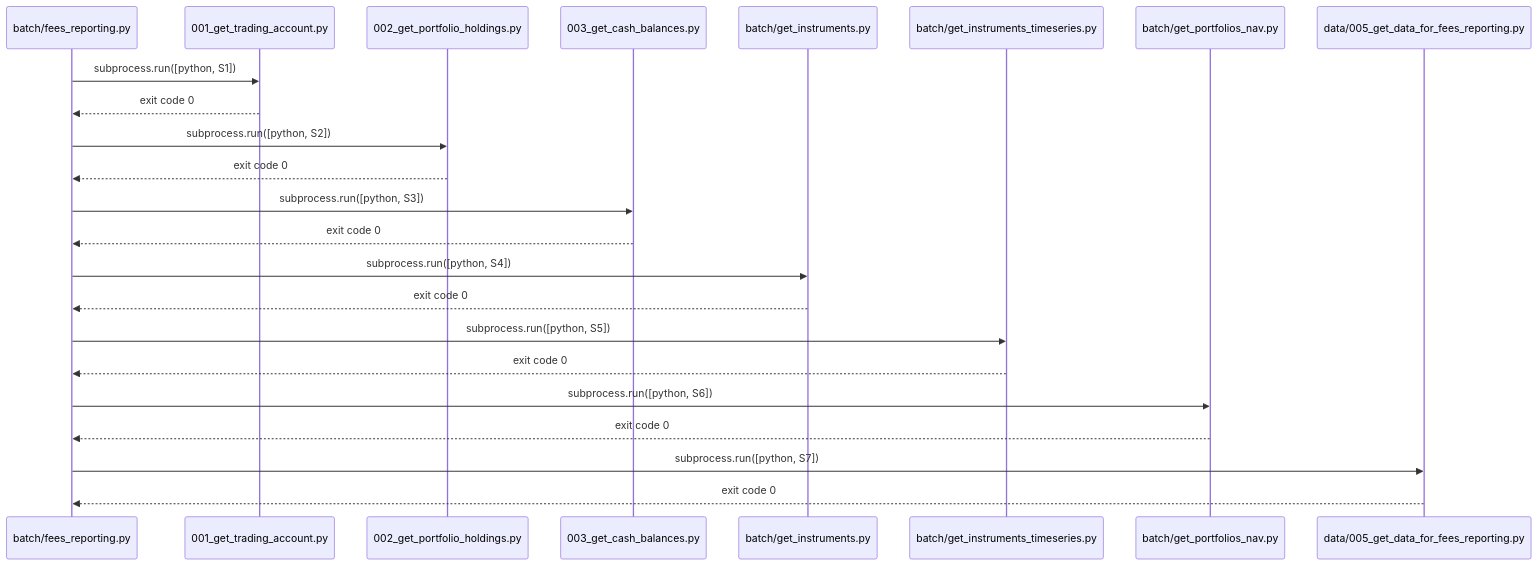
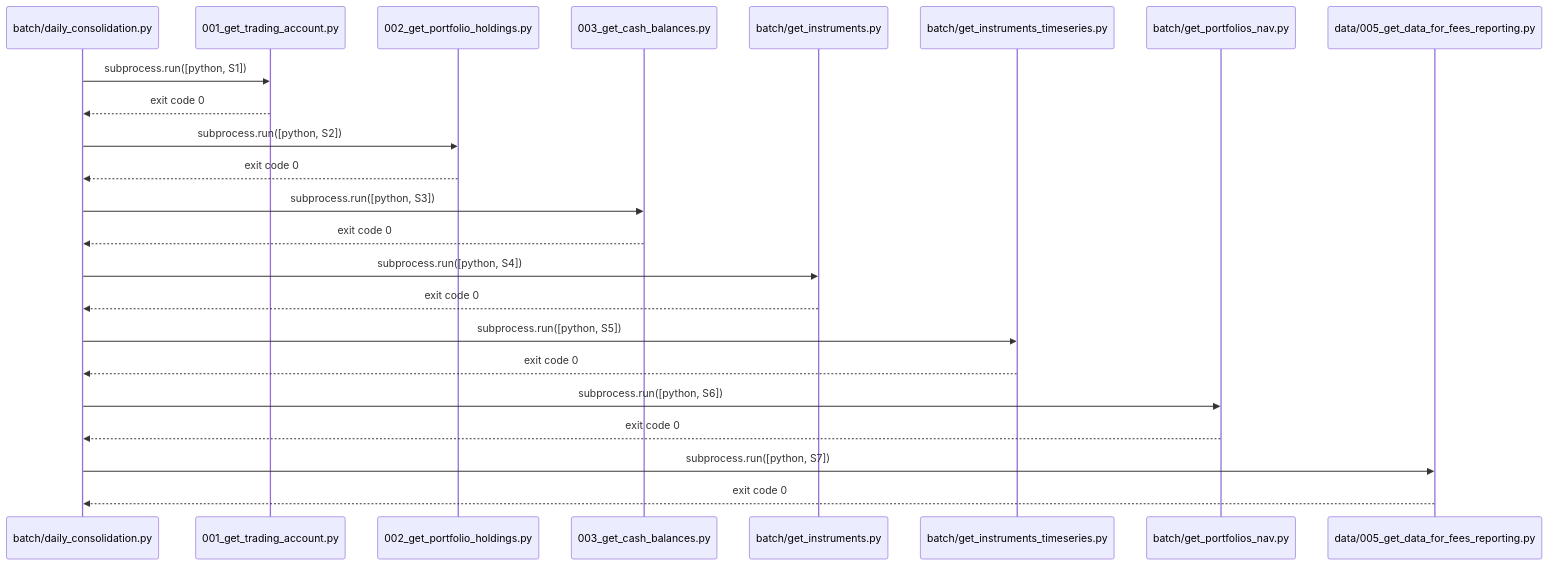
Diagram 16 of 18 in README.md (Vestra-Capital/VES-data-collection-processing), drawn with Mermaid before and after one commit. The commit also changed other lines of this file and 2 other files, not shown here.

Commit message:
rename-job-fee-reporting-to-daily-consolidation-

````diff
--- a/README.md
+++ b/README.md
@@ -500,26 +500,26 @@
 ```mermaid
 sequenceDiagram
-    participant Script as batch/fees_reporting.py
+    participant Script as batch/daily_consolidation.py
     participant S1 as 001_get_trading_account.py
     participant S2 as 002_get_portfolio_holdings.py
     participant S3 as 003_get_cash_balances.py
     participant S4 as batch/get_instruments.py
     participant S5 as batch/get_instruments_timeseries.py
     participant S6 as batch/get_portfolios_nav.py
     participant S7 as data/005_get_data_for_fees_reporting.py
 
     Script->>S1: subprocess.run([python, S1])
     S1-->>Script: exit code 0
     Script->>S2: subprocess.run([python, S2])
     S2-->>Script: exit code 0
     Script->>S3: subprocess.run([python, S3])
     S3-->>Script: exit code 0
     Script->>S4: subprocess.run([python, S4])
     S4-->>Script: exit code 0
     Script->>S5: subprocess.run([python, S5])
     S5-->>Script: exit code 0
     Script->>S6: subprocess.run([python, S6])
     S6-->>Script: exit code 0
     Script->>S7: subprocess.run([python, S7])
     S7-->>Script: exit code 0
 ```
````
